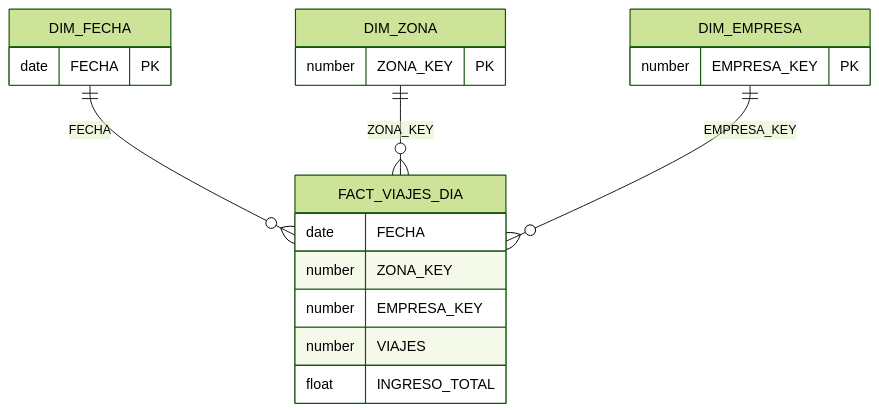
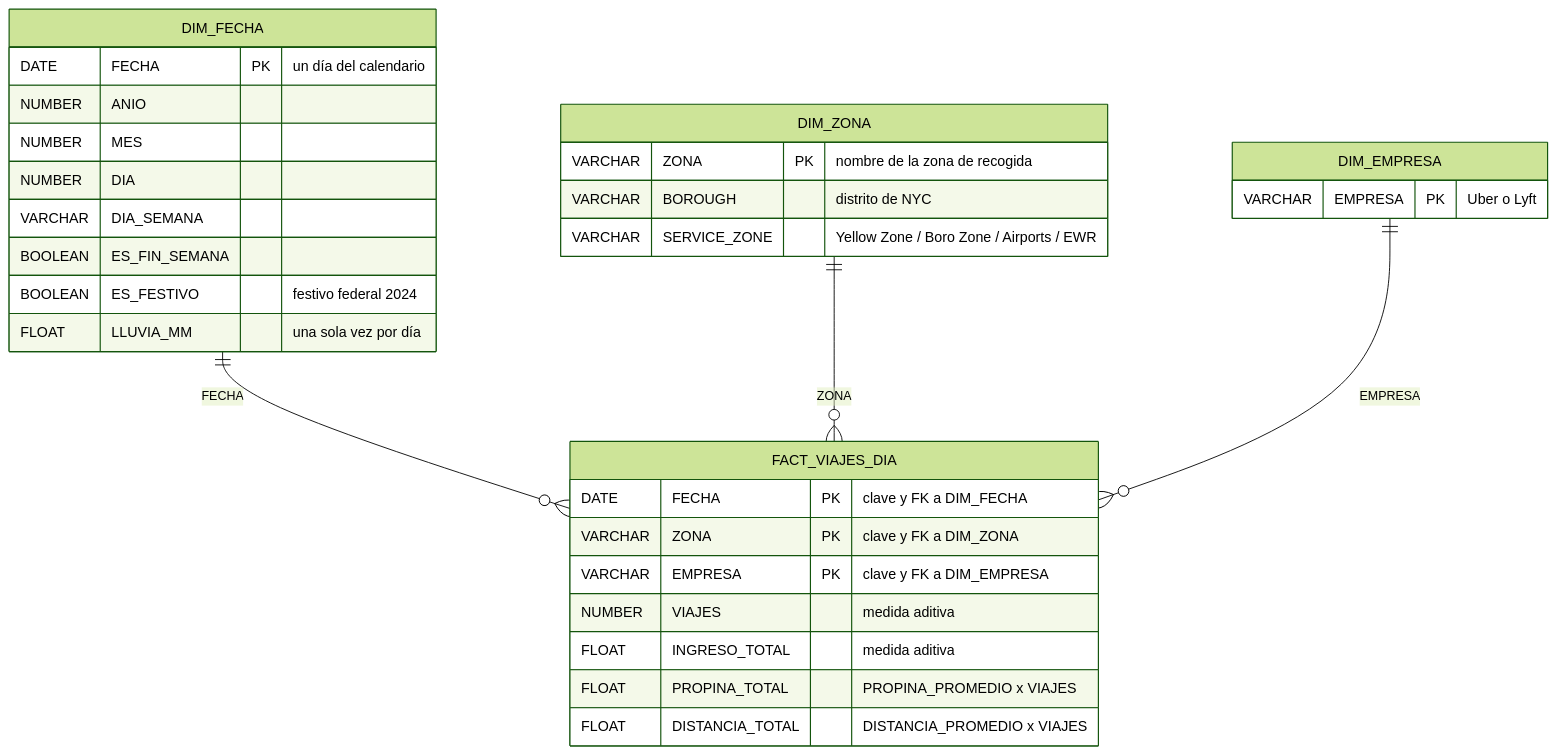
The diagram in taller1/diagrama.md (Apaezc/bigdata-udem-2026), drawn with Mermaid (forest theme) before and after one commit. The commit also changed other lines of this file, not shown here.

Commit message:
Revise star diagram and modeling decisions
Updated the star diagram with detailed descriptions and clarified the grain of the fact table. Adjusted the modeling decisions and ensured unique keys for dimensions.

````diff
--- a/taller1/diagrama.md
+++ b/taller1/diagrama.md
@@ -11,23 +7,37 @@
 ```mermaid
 erDiagram
     DIM_FECHA   ||--o{ FACT_VIAJES_DIA : "FECHA"
-    DIM_ZONA    ||--o{ FACT_VIAJES_DIA : "ZONA_KEY"
-    DIM_EMPRESA ||--o{ FACT_VIAJES_DIA : "EMPRESA_KEY"
+    DIM_ZONA    ||--o{ FACT_VIAJES_DIA : "ZONA"
+    DIM_EMPRESA ||--o{ FACT_VIAJES_DIA : "EMPRESA"
 
     FACT_VIAJES_DIA {
-        date    FECHA
-        number  ZONA_KEY
-        number  EMPRESA_KEY
-        number  VIAJES
-        float   INGRESO_TOTAL
+        DATE    FECHA           PK "clave y FK a DIM_FECHA"
+        VARCHAR ZONA            PK "clave y FK a DIM_ZONA"
+        VARCHAR EMPRESA         PK "clave y FK a DIM_EMPRESA"
+        NUMBER  VIAJES             "medida aditiva"
+        FLOAT   INGRESO_TOTAL      "medida aditiva"
+        FLOAT   PROPINA_TOTAL      "PROPINA_PROMEDIO x VIAJES"
+        FLOAT   DISTANCIA_TOTAL    "DISTANCIA_PROMEDIO x VIAJES"
     }
+
     DIM_FECHA {
-        date    FECHA PK
+        DATE    FECHA         PK "un día del calendario"
+        NUMBER  ANIO
+        NUMBER  MES
+        NUMBER  DIA
+        VARCHAR DIA_SEMANA
+        BOOLEAN ES_FIN_SEMANA
+        BOOLEAN ES_FESTIVO       "festivo federal 2024"
+        FLOAT   LLUVIA_MM        "una sola vez por día"
     }
+
     DIM_ZONA {
-        number  ZONA_KEY PK
+        VARCHAR ZONA         PK "nombre de la zona de recogida"
+        VARCHAR BOROUGH         "distrito de NYC"
+        VARCHAR SERVICE_ZONE    "Yellow Zone / Boro Zone / Airports / EWR"
     }
+
     DIM_EMPRESA {
-        number  EMPRESA_KEY PK
+        VARCHAR EMPRESA PK "Uber o Lyft"
     }
 ```
````
